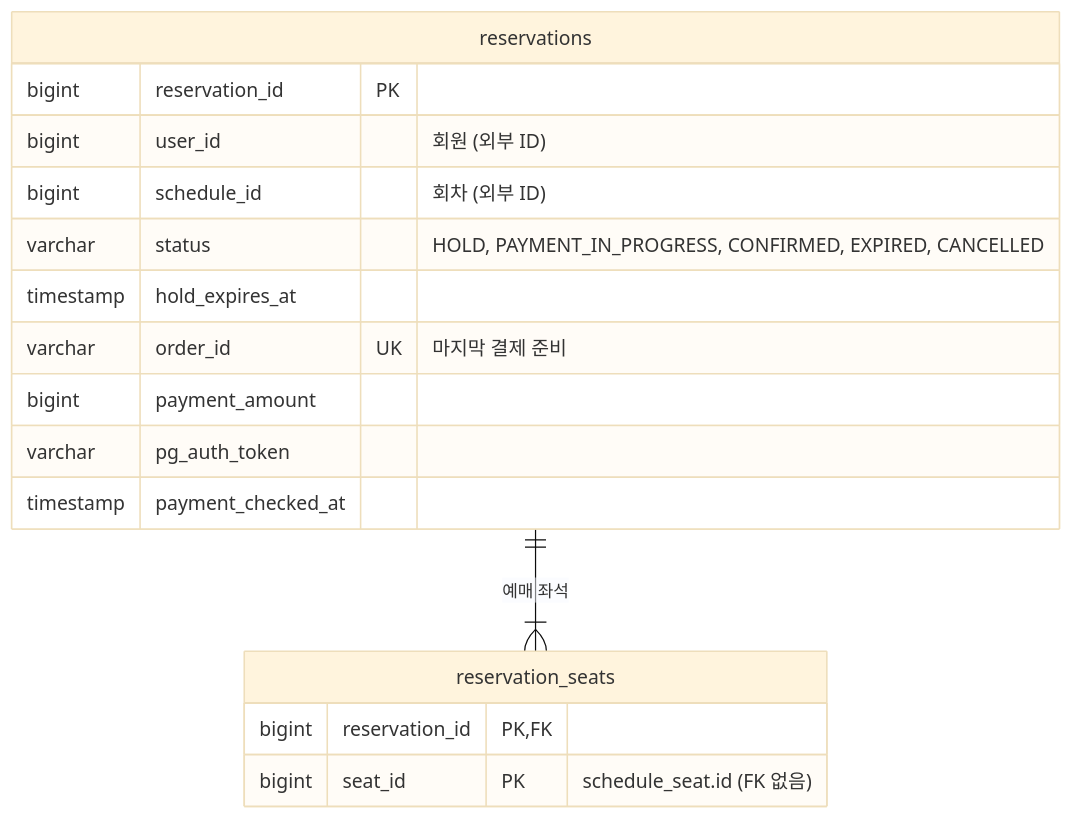
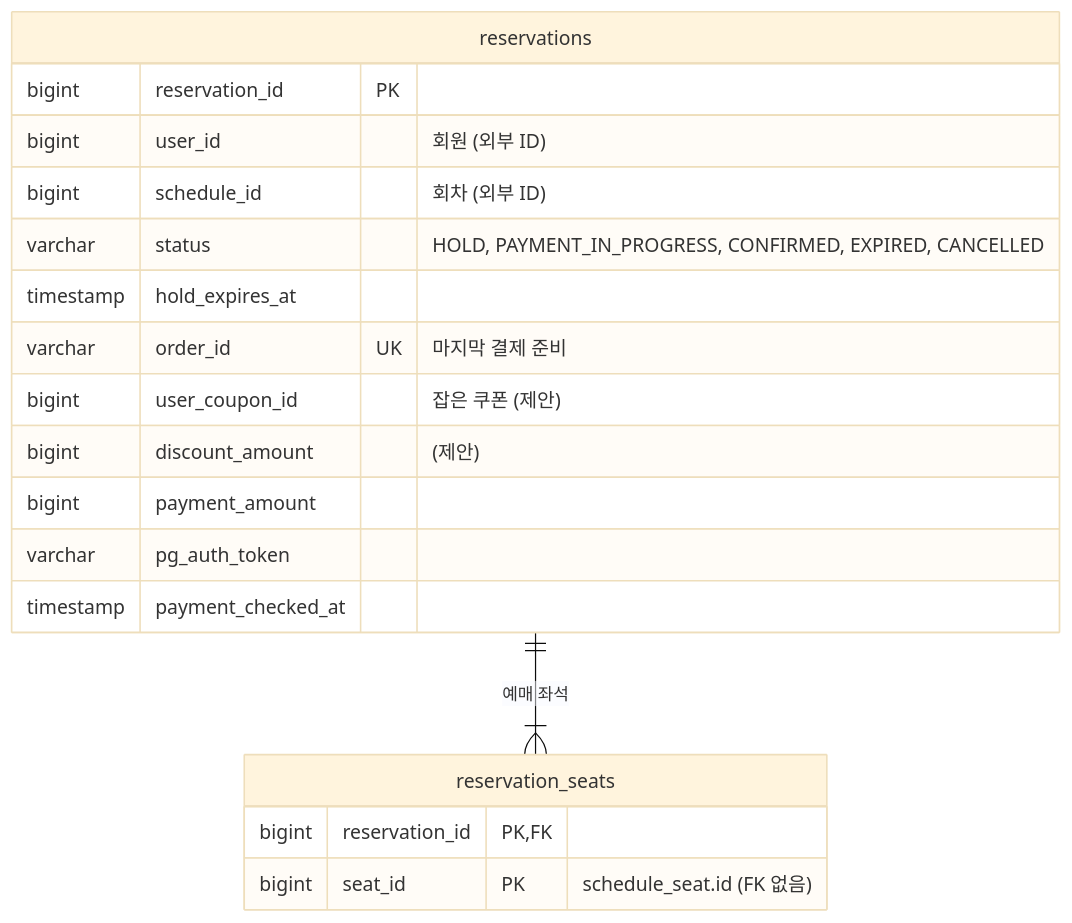
One commit to Good-Ticket-Service/ticket changed the diagram in docs/reservation/tables.md. Above: the diagram before and after it, drawn with Mermaid (base theme). The commit also changed other lines of this file and 4 other files, not shown here.

````diff
--- a/docs/reservation/tables.md
+++ b/docs/reservation/tables.md
@@ -10,21 +10,23 @@
 ```mermaid
 erDiagram
     reservations ||--|{ reservation_seats : "예매 좌석"
 
     reservations {
         bigint reservation_id PK
         bigint user_id "회원 (외부 ID)"
         bigint schedule_id "회차 (외부 ID)"
         varchar status "HOLD, PAYMENT_IN_PROGRESS, CONFIRMED, EXPIRED, CANCELLED"
         timestamp hold_expires_at
         varchar order_id UK "마지막 결제 준비"
+        bigint user_coupon_id "잡은 쿠폰 (제안)"
+        bigint discount_amount "(제안)"
         bigint payment_amount
         varchar pg_auth_token
         timestamp payment_checked_at
     }
 
     reservation_seats {
         bigint reservation_id PK, FK
         bigint seat_id PK "schedule_seat.id (FK 없음)"
     }
 ```
````
